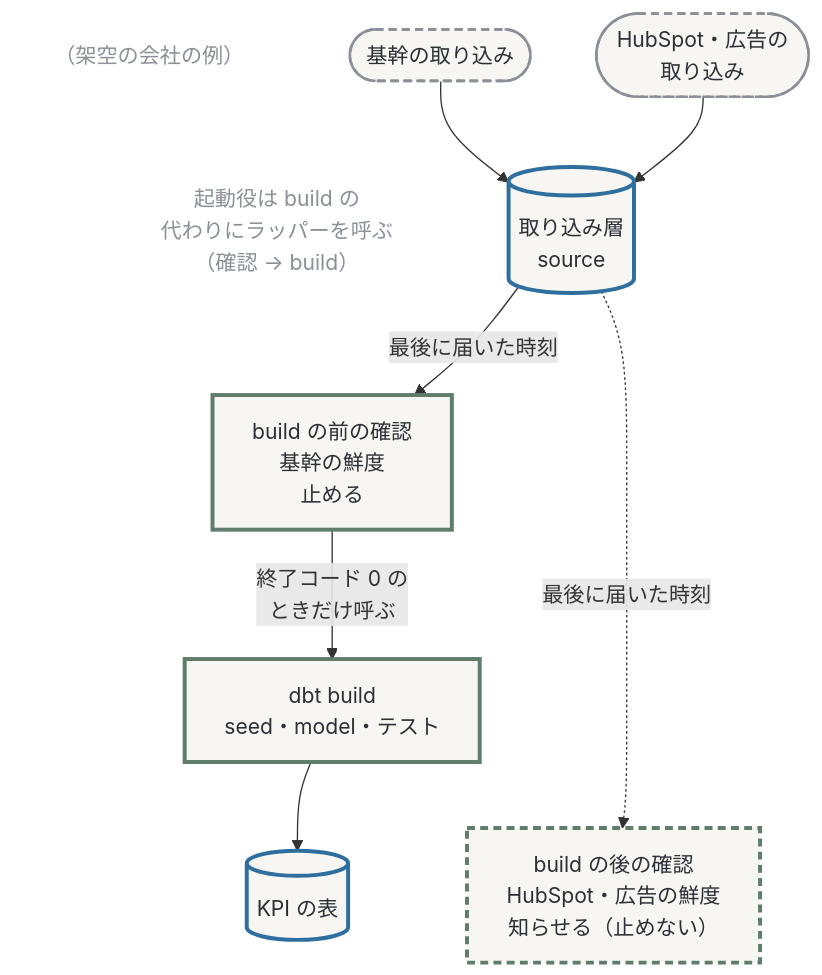
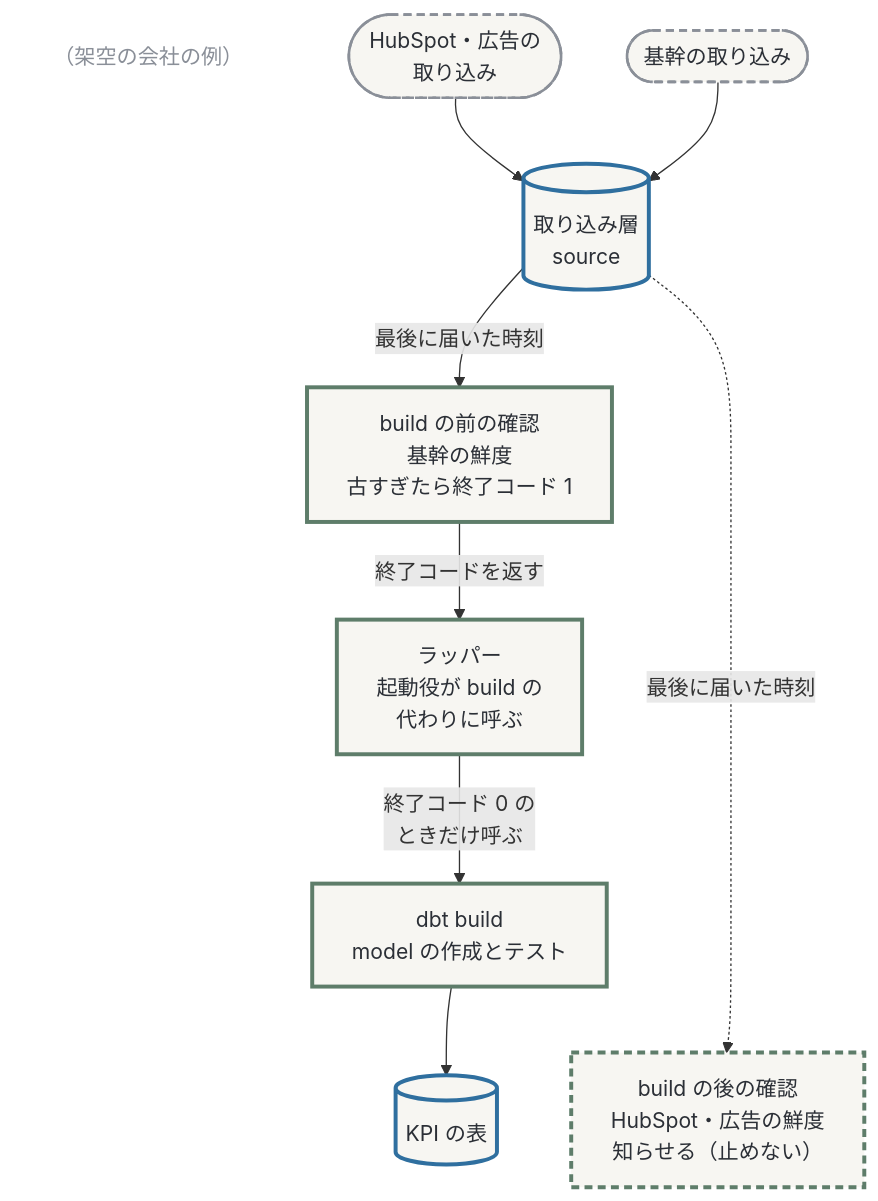
One commit to e8dev-note/zenn-content changed the first of 5 diagrams in articles/dbt-ep1-data-tests.md. Above: the diagram before and after it, drawn with Mermaid. The commit also changed other lines of this file and 1 other file, not shown here.

Commit message:
Update draft: dbt-ep1-data-tests (published: false)

````diff
--- a/articles/dbt-ep1-data-tests.md
+++ b/articles/dbt-ep1-data-tests.md
@@ -46,25 +51,25 @@
 ```mermaid
 flowchart TB
   fictional["（架空の会社の例）"]:::note
   other-ingest(["HubSpot・広告の<br/>取り込み"]):::keep
   core-ingest(["基幹の取り込み"]):::keep
   raw[("取り込み層<br/>source")]:::data
-  gate["build の前の確認<br/>基幹の鮮度<br/>止める"]:::proc
-  build["dbt build<br/>seed・model・テスト"]:::proc
+  gate["build の前の確認<br/>基幹の鮮度<br/>古すぎたら終了コード 1"]:::proc
+  wrapper["ラッパー<br/>起動役が build の<br/>代わりに呼ぶ"]:::proc
+  build["dbt build<br/>model の作成とテスト"]:::proc
   kpi[("KPI の表")]:::data
   watch["build の後の確認<br/>HubSpot・広告の鮮度<br/>知らせる（止めない）"]:::notify
-  starter["起動役は build の<br/>代わりにラッパーを呼ぶ<br/>（確認 → build）"]:::note
   other-ingest --> raw
   core-ingest --> raw
   raw -->|"最後に届いた時刻"| gate
-  gate -->|"終了コード 0 の<br/>ときだけ呼ぶ"| build
+  gate -->|"終了コードを返す"| wrapper
+  wrapper -->|"終了コード 0 の<br/>ときだけ呼ぶ"| build
   build --> kpi
   raw -.->|"最後に届いた時刻"| watch
-  starter ~~~ gate
   build ~~~ watch
   classDef data fill:#F7F6F2,stroke:#2F6F9F,stroke-width:3px,color:#2B2F36
   classDef proc fill:#F7F6F2,stroke:#5E7D6A,stroke-width:3px,color:#2B2F36
   classDef notify fill:#F7F6F2,stroke:#5E7D6A,stroke-width:3px,stroke-dasharray:6 4,color:#2B2F36
   classDef keep fill:#F7F6F2,stroke:#8A8F98,stroke-width:2px,stroke-dasharray:6 4,color:#2B2F36
   classDef note fill:none,stroke:none,color:#8A8F98
 ```
````
